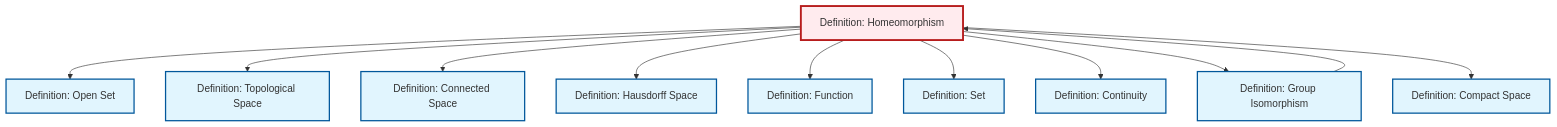
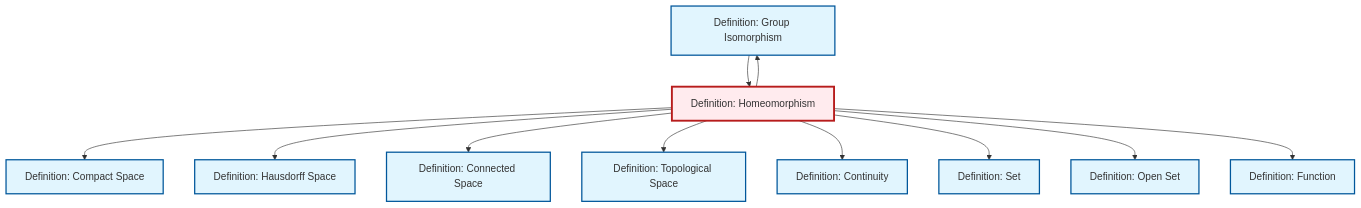
Before and after one commit to RK0429/ModernMath: the diagram in content/ja/topology/def-homeomorphism.qmd, drawn with Mermaid. The commit also changed other lines of this file and 14 other files, not shown here.

First line of the commit message:
feat: Add fundamental group definition with comprehensive cross-references

````diff
--- a/content/ja/topology/def-homeomorphism.qmd
+++ b/content/ja/topology/def-homeomorphism.qmd
@@ -102,39 +102,39 @@
 ```{mermaid}
 %%| fig-cap: "Local dependency graph"
 graph TD
     classDef definition fill:#e1f5fe,stroke:#01579b,stroke-width:2px
     classDef theorem fill:#f3e5f5,stroke:#4a148c,stroke-width:2px
     classDef axiom fill:#fff3e0,stroke:#e65100,stroke-width:2px
     classDef example fill:#e8f5e9,stroke:#1b5e20,stroke-width:2px
     classDef current fill:#ffebee,stroke:#b71c1c,stroke-width:3px
+    def-set["Definition: Set"]:::definition
+    def-connected["Definition: Connected Space"]:::definition
+    def-isomorphism["Definition: Group Isomorphism"]:::definition
+    def-continuity["Definition: Continuity"]:::definition
+    def-open-set["Definition: Open Set"]:::definition
+    def-hausdorff["Definition: Hausdorff Space"]:::definition
     def-homeomorphism["Definition: Homeomorphism"]:::definition
+    def-function["Definition: Function"]:::definition
     def-compact["Definition: Compact Space"]:::definition
-    def-hausdorff["Definition: Hausdorff Space"]:::definition
-    def-continuity["Definition: Continuity"]:::definition
-    def-isomorphism["Definition: Group Isomorphism"]:::definition
-    def-function["Definition: Function"]:::definition
     def-topological-space["Definition: Topological Space"]:::definition
-    def-set["Definition: Set"]:::definition
-    def-open-set["Definition: Open Set"]:::definition
-    def-connected["Definition: Connected Space"]:::definition
+    def-homeomorphism --> def-compact
+    def-homeomorphism --> def-hausdorff
+    def-homeomorphism --> def-connected
+    def-homeomorphism --> def-isomorphism
+    def-homeomorphism --> def-topological-space
+    def-homeomorphism --> def-continuity
+    def-homeomorphism --> def-set
+    def-isomorphism --> def-homeomorphism
     def-homeomorphism --> def-open-set
-    def-isomorphism --> def-homeomorphism
-    def-homeomorphism --> def-topological-space
-    def-homeomorphism --> def-connected
-    def-homeomorphism --> def-hausdorff
     def-homeomorphism --> def-function
-    def-homeomorphism --> def-set
-    def-homeomorphism --> def-continuity
-    def-homeomorphism --> def-isomorphism
-    def-homeomorphism --> def-compact
     class def-homeomorphism current
+    click def-set "def-set.html" "Definition: Setへ"
+    click def-connected "def-connected.html" "Definition: Connected Spaceへ"
+    click def-isomorphism "def-isomorphism.html" "Definition: Group Isomorphismへ"
+    click def-continuity "def-continuity.html" "Definition: Continuityへ"
+    click def-open-set "def-open-set.html" "Definition: Open Setへ"
+    click def-hausdorff "def-hausdorff.html" "Definition: Hausdorff Spaceへ"
+    click def-function "def-function.html" "Definition: Functionへ"
     click def-compact "def-compact.html" "Definition: Compact Spaceへ"
-    click def-hausdorff "def-hausdorff.html" "Definition: Hausdorff Spaceへ"
-    click def-continuity "def-continuity.html" "Definition: Continuityへ"
-    click def-isomorphism "def-isomorphism.html" "Definition: Group Isomorphismへ"
-    click def-function "def-function.html" "Definition: Functionへ"
     click def-topological-space "def-topological-space.html" "Definition: Topological Spaceへ"
-    click def-set "def-set.html" "Definition: Setへ"
-    click def-open-set "def-open-set.html" "Definition: Open Setへ"
-    click def-connected "def-connected.html" "Definition: Connected Spaceへ"
 ```
````
